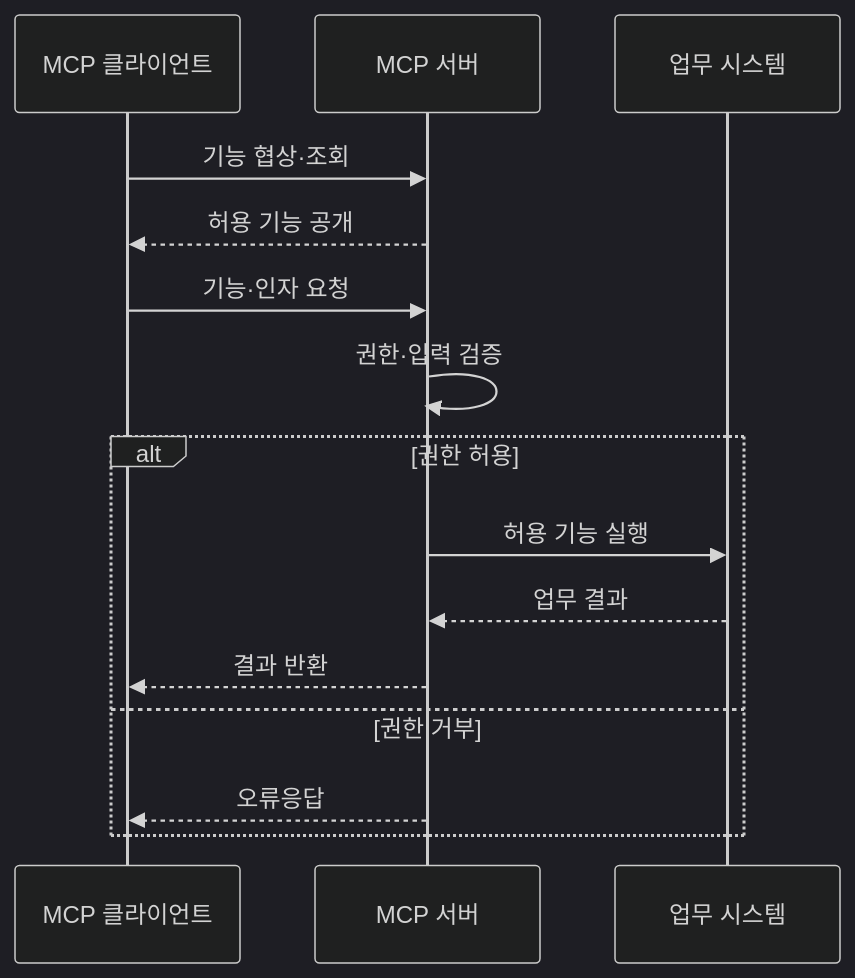
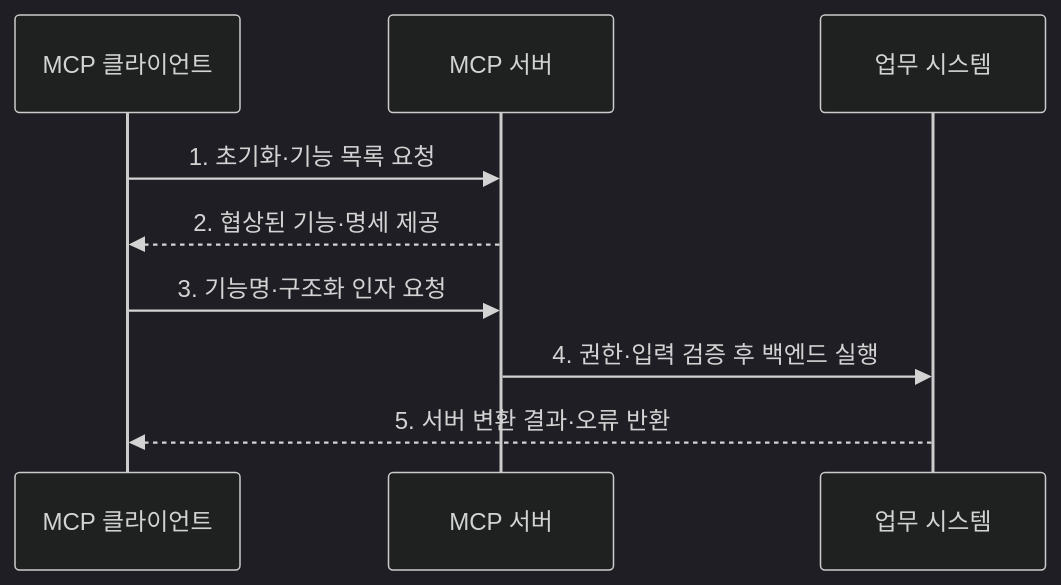
The second of 2 diagrams in src/content/docs/notes/08-latest-tech/007_mcp_server.md (agnusdei1207/knowledge-base), drawn with Mermaid (dark theme) before and after one commit. The commit also changed other lines of this file and 9 other files, not shown here.

````diff
--- a/src/content/docs/notes/08-latest-tech/007_mcp_server.md
+++ b/src/content/docs/notes/08-latest-tech/007_mcp_server.md
@@ -83,17 +74,11 @@
 ```mermaid
 sequenceDiagram
     participant C as MCP 클라이언트
     participant S as MCP 서버
     participant B as 업무 시스템
-    C->>S: 기능 협상·조회
-    S-->>C: 허용 기능 공개
-    C->>S: 기능·인자 요청
-    S->>S: 권한·입력 검증
-    alt 권한 허용
-        S->>B: 허용 기능 실행
-        B-->>S: 업무 결과
-        S-->>C: 결과 반환
-    else 권한 거부
-        S-->>C: 오류응답
-    end
+    C->>S: 1. 초기화·기능 목록 요청
+    S-->>C: 2. 협상된 기능·명세 제공
+    C->>S: 3. 기능명·구조화 인자 요청
+    S->>B: 4. 권한·입력 검증 후 백엔드 실행
+    B-->>C: 5. 서버 변환 결과·오류 반환
 ```
````
